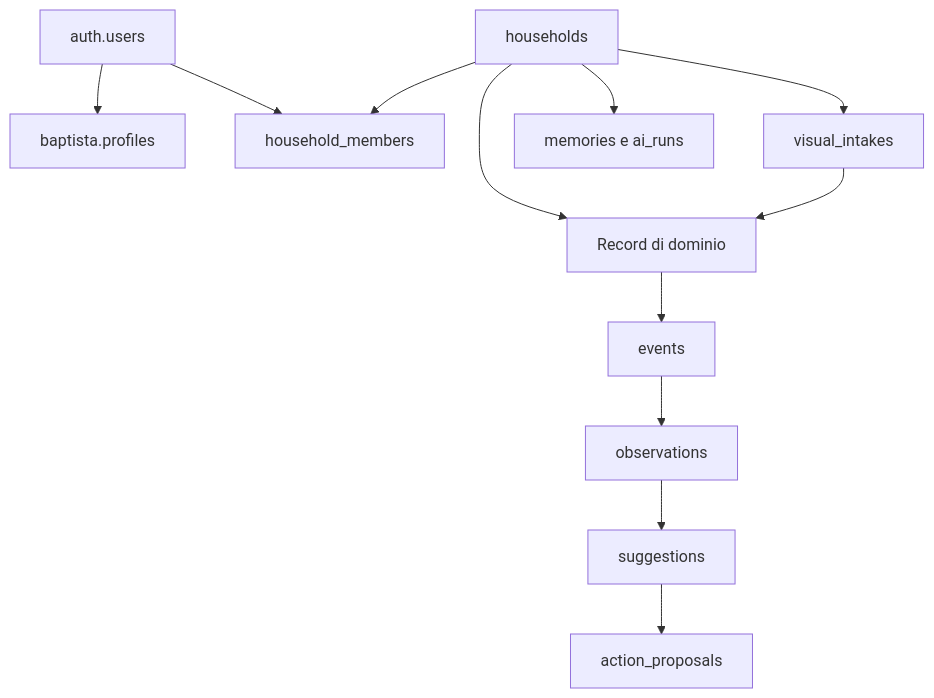
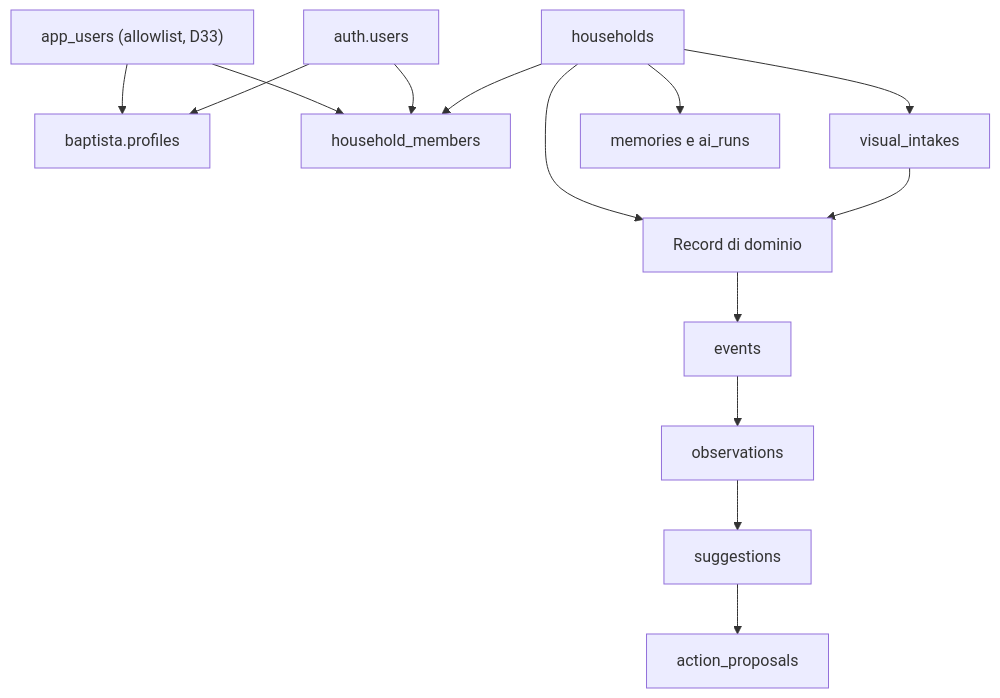
The diagram in docs/architecture/DATABASE.md (AlkyePaul/baptista), drawn with Mermaid before and after one commit. The commit also changed other lines of this file and 30 other files, not shown here.

````diff
--- a/docs/architecture/DATABASE.md
+++ b/docs/architecture/DATABASE.md
@@ -21,14 +21,16 @@
 ```mermaid
 flowchart TD
+  W["app_users (allowlist, D33)"] --> P
+  W --> M
   U["auth.users"] --> P["baptista.profiles"]
   U --> M["household_members"]
   H["households"] --> M
   H --> D["Record di dominio"]
   D --> E["events"]
   E --> O["observations"]
   O --> S["suggestions"]
   S --> A["action_proposals"]
   H --> V["visual_intakes"]
   V --> D
   H --> R["memories e ai_runs"]
 ```
````
